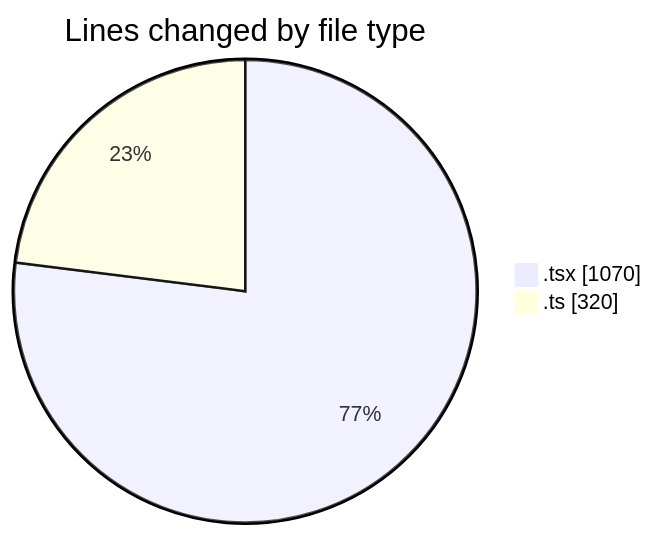
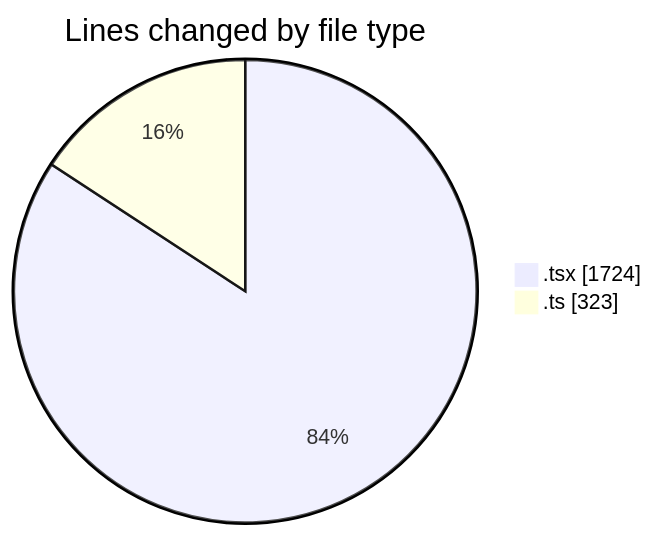
The first of 2 diagrams in 2025-11-22/eventscop-frontend-guide__workspace_/README.md (julien-gomy/code-tracking), drawn with Mermaid before and after one commit. The commit also changed other lines of this file and 1 other file, not shown here.

````diff
--- a/2025-11-22/eventscop-frontend-guide__workspace_/README.md
+++ b/2025-11-22/eventscop-frontend-guide__workspace_/README.md
@@ -31,6 +33,6 @@
 ```mermaid
 pie showData
 title Lines changed by file type
-".tsx" : 1070
-".ts" : 320
+".tsx" : 1724
+".ts" : 323
 ```
````
